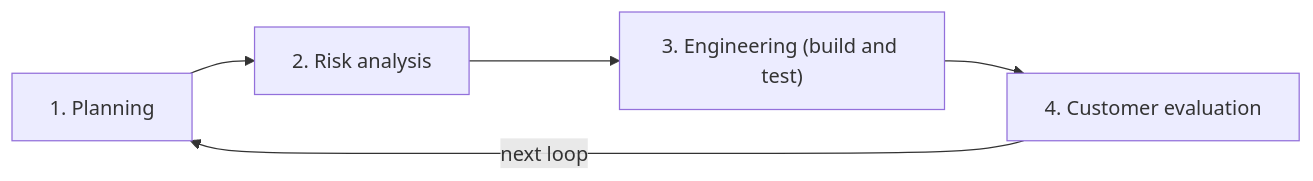
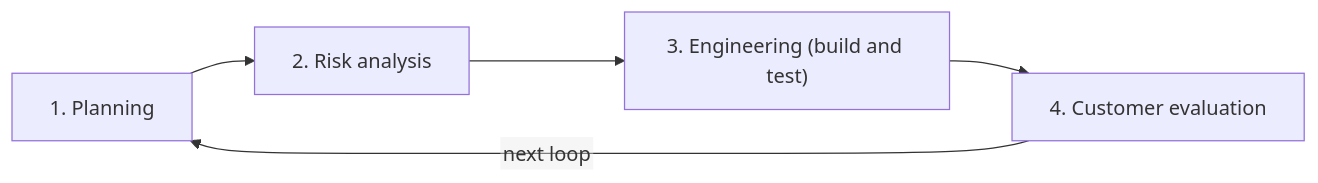
The seventh of 41 diagrams in README.md (Ajay120503/ST_Notes), drawn with Mermaid before and after one commit. The commit also changed other lines of this file, not shown here.

````diff
--- a/README.md
+++ b/README.md
@@ -171,5 +177,6 @@
 ```mermaid
+%%{init: {"flowchart": {"htmlLabels": false}}}%%
 flowchart LR
     PL["1. Planning"] --> RA["2. Risk analysis"] --> EN["3. Engineering (build and test)"] --> EV["4. Customer evaluation"]
     EV -->|"next loop"| PL
 ```
````
